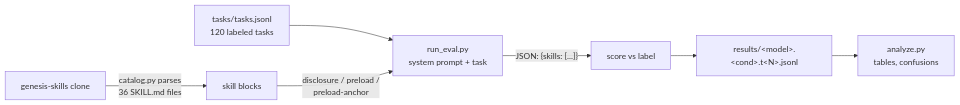
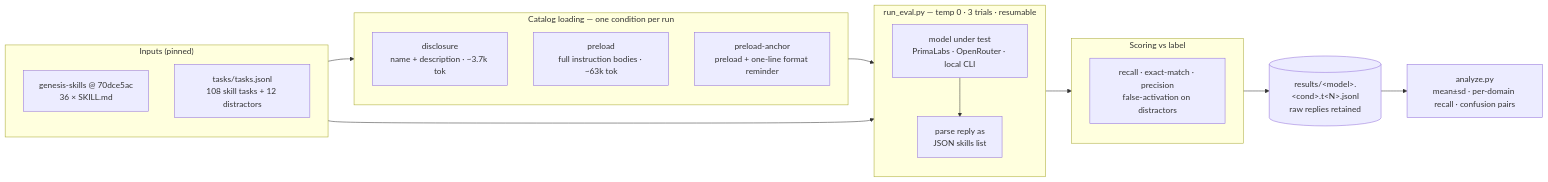
One commit to PrimaLabs-AI/genesis-skilleval changed the diagram in README.md. Above: the diagram before and after it, drawn with Mermaid.

Commit message:
README: restructured harness diagram (staged subgraphs, pinned inputs, conditions, scoring)

````diff
--- a/README.md
+++ b/README.md
@@ -49,9 +49,34 @@
 ```mermaid
 flowchart LR
-    A[genesis-skills clone] -->|catalog.py parses<br/>36 SKILL.md files| B[skill blocks]
-    T[tasks/tasks.jsonl<br/>120 labeled tasks] --> E
-    B -->|disclosure / preload /<br/>preload-anchor| E[run_eval.py<br/>system prompt + task]
-    E -->|"JSON: {skills: [...]}"| S[score vs label]
-    S --> R["results/&lt;model&gt;.&lt;cond&gt;.t&lt;N&gt;.jsonl"]
-    R --> AN[analyze.py<br/>tables, confusions]
+    subgraph IN["Inputs (pinned)"]
+        direction TB
+        CAT["genesis-skills @ 70dce5ac<br/>36 × SKILL.md"]
+        TASKS["tasks/tasks.jsonl<br/>108 skill tasks + 12 distractors"]
+    end
+
+    subgraph COND["Catalog loading — one condition per run"]
+        direction TB
+        D["disclosure<br/>name + description · ~3.7k tok"]
+        P["preload<br/>full instruction bodies · ~63k tok"]
+        PA["preload-anchor<br/>preload + one-line format reminder"]
+    end
+
+    subgraph EVAL["run_eval.py — temp 0 · 3 trials · resumable"]
+        direction TB
+        M["model under test<br/>PrimaLabs · OpenRouter · local CLI"]
+        PARSE["parse reply as<br/>JSON skills list"]
+        M --> PARSE
+    end
+
+    subgraph SCORE["Scoring vs label"]
+        direction TB
+        MET["recall · exact-match · precision<br/>false-activation on distractors"]
+    end
+
+    CAT --> COND
+    COND --> M
+    TASKS --> M
+    PARSE --> MET
+    MET --> RES[("results/&lt;model&gt;.&lt;cond&gt;.t&lt;N&gt;.jsonl<br/>raw replies retained")]
+    RES --> AN["analyze.py<br/>mean±sd · per-domain recall · confusion pairs"]
 ```
````
